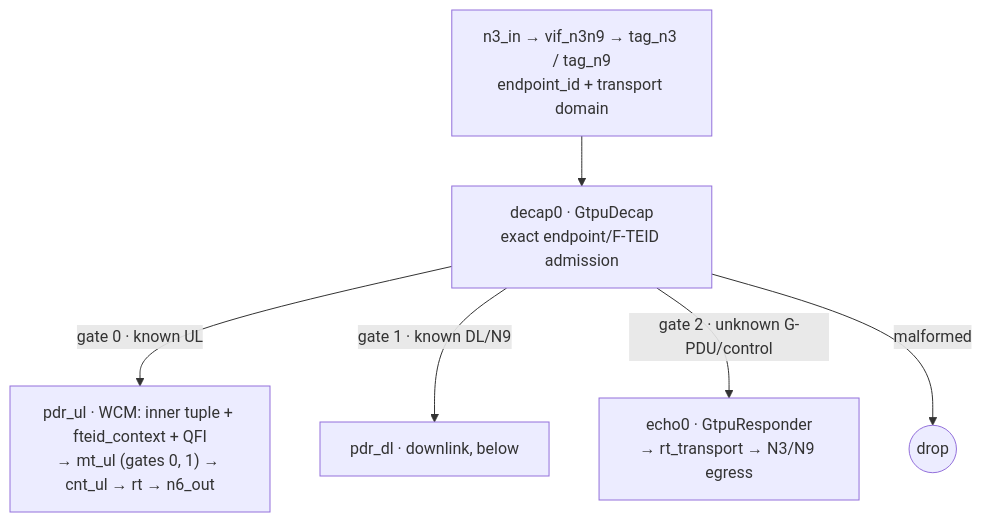
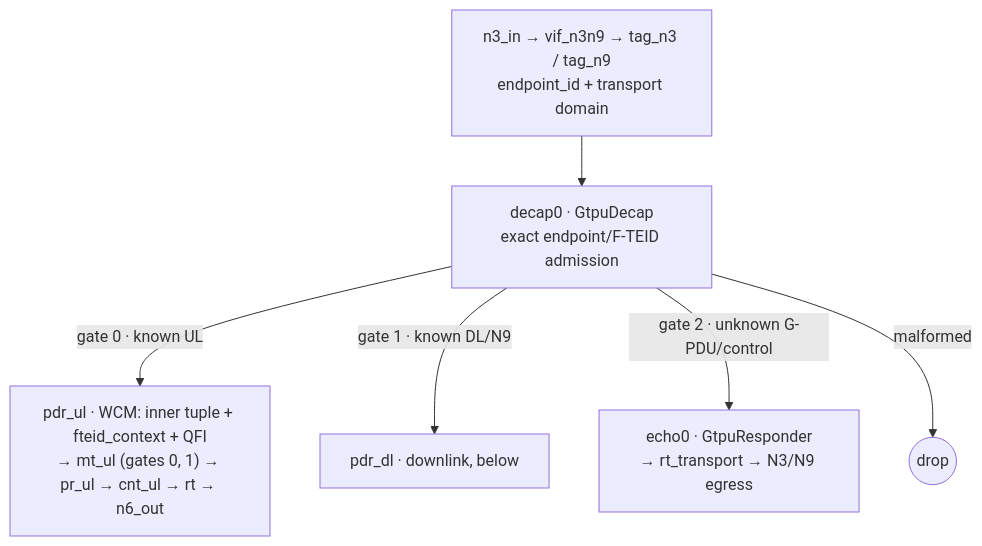
The first of 3 diagrams in docs/datapath.md (krsna1729/upf), drawn with Mermaid before and after one commit. The commit also changed other lines of this file and 7 other files, not shown here.

````diff
--- a/docs/datapath.md
+++ b/docs/datapath.md
@@ -271,8 +271,8 @@
 ```mermaid
 flowchart TB
     in["n3_in → vif_n3n9 → tag_n3 / tag_n9<br/>endpoint_id + transport domain"] --> decap["decap0 · GtpuDecap<br/>exact endpoint/F-TEID admission"]
-    decap -->|"gate 0 · known UL"| ul["pdr_ul · WCM: inner tuple + fteid_context + QFI<br/>→ mt_ul (gates 0, 1) → cnt_ul → rt → n6_out"]
+    decap -->|"gate 0 · known UL"| ul["pdr_ul · WCM: inner tuple + fteid_context + QFI<br/>→ mt_ul (gates 0, 1) → pr_ul → cnt_ul → rt → n6_out"]
     decap -->|"gate 1 · known DL/N9"| pdrdl["pdr_dl · downlink, below"]
     decap -->|"gate 2 · unknown G-PDU/control"| responder["echo0 · GtpuResponder<br/>→ rt_transport → N3/N9 egress"]
     decap -->|"malformed"| drop(("drop"))
 ```
````
